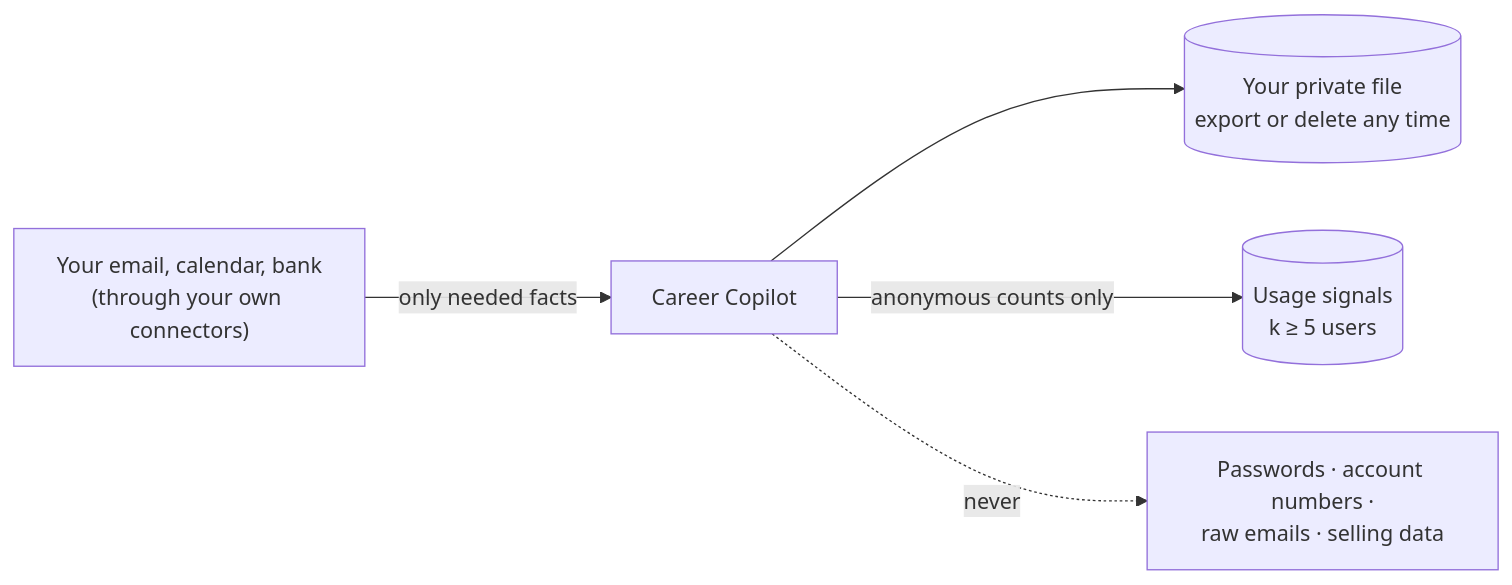
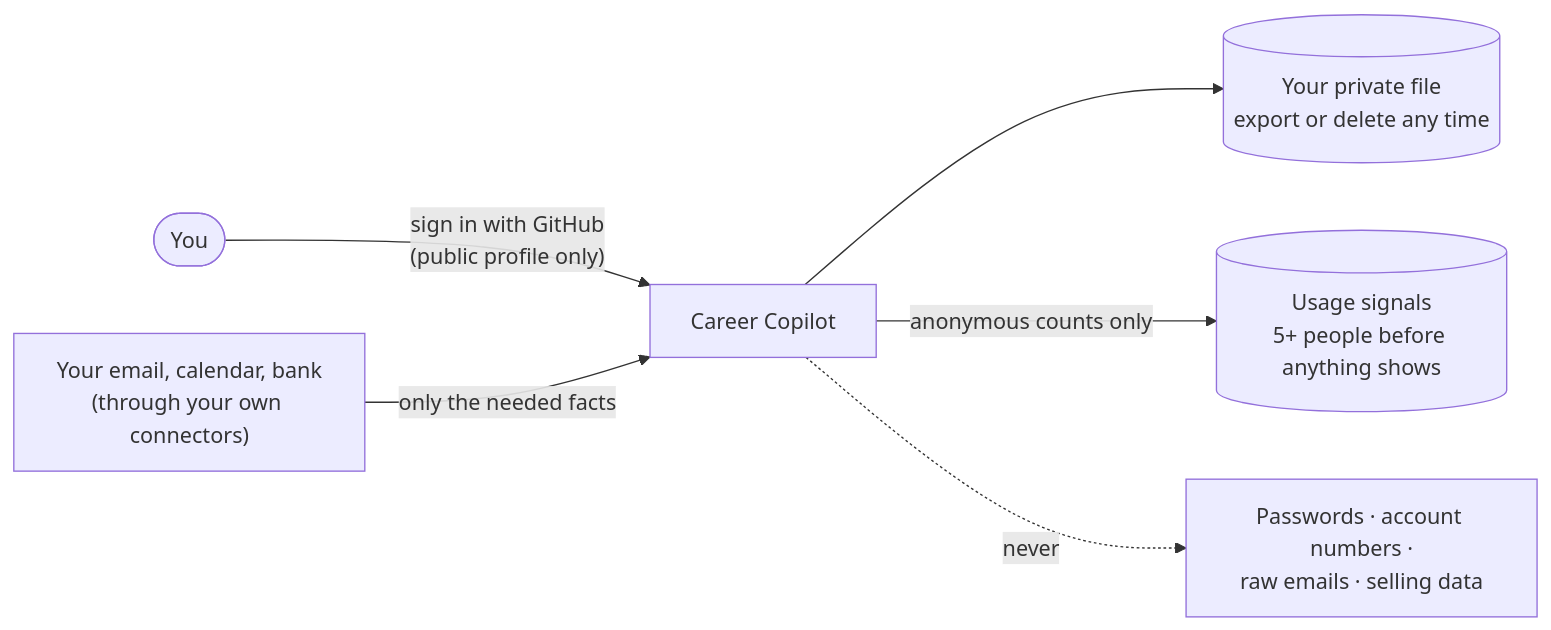
The second of 3 diagrams in README.md (TusharSamantaray/career-copilot-mcp), drawn with Mermaid before and after one commit. The commit also changed other lines of this file and 5 other files, not shown here.

````diff
--- a/README.md
+++ b/README.md
@@ -161,7 +144,8 @@
 ```mermaid
 flowchart LR
-  src["Your email, calendar, bank<br/>(through your own connectors)"] -- "only needed facts" --> cc["Career Copilot"]
+  you(["You"]) -- "sign in with GitHub<br/>(public profile only)" --> cc["Career Copilot"]
+  src["Your email, calendar, bank<br/>(through your own connectors)"] -- "only the needed facts" --> cc
   cc --> store[("Your private file<br/>export or delete any time")]
-  cc -- "anonymous counts only" --> sig[("Usage signals<br/>k ≥ 5 users")]
+  cc -- "anonymous counts only" --> sig[("Usage signals<br/>5+ people before anything shows")]
   cc -. "never" .-> x["Passwords · account numbers ·<br/>raw emails · selling data"]
 ```
````
